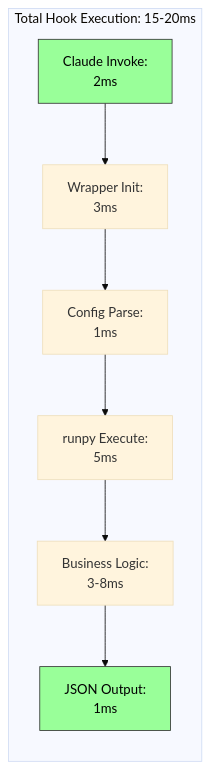
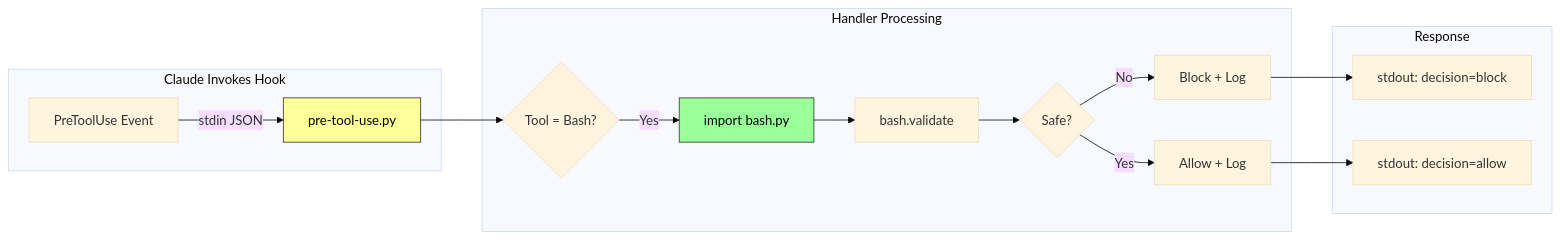
Before and after one commit to AgentParadise/agentic-primitives: the third of 3 diagrams in docs/architecture/hooks-system-overview.md, drawn with Mermaid (base theme). The commit also changed other lines of this file and 71 other files, not shown here.

First line of the commit message:
refactor(hooks)!: atomic hook architecture with handlers and validators

````diff
--- a/docs/architecture/hooks-system-overview.md
+++ b/docs/architecture/hooks-system-overview.md
@@ -341,13 +172,23 @@
 ```mermaid
 graph LR
-    subgraph "Total Hook Execution: 15-20ms"
-        A[Claude Invoke:<br/>2ms] --> B[Wrapper Init:<br/>3ms]
-        B --> C[Config Parse:<br/>1ms]
-        C --> D[runpy Execute:<br/>5ms]
-        D --> E[Business Logic:<br/>3-8ms]
-        E --> F[JSON Output:<br/>1ms]
+    subgraph "Claude Invokes Hook"
+        A[PreToolUse Event] -->|stdin JSON| B[pre-tool-use.py]
     end
     
-    style A fill:#9f9,stroke:#333,color:#000
-    style F fill:#9f9,stroke:#333,color:#000
+    subgraph "Handler Processing"
+        B --> C{Tool = Bash?}
+        C -->|Yes| D[import bash.py]
+        D --> E[bash.validate]
+        E --> F{Safe?}
+        F -->|No| G[Block + Log]
+        F -->|Yes| H[Allow + Log]
+    end
+    
+    subgraph "Response"
+        G --> I[stdout: decision=block]
+        H --> J[stdout: decision=allow]
+    end
+    
+    style B fill:#ff9,stroke:#333,color:#000
+    style D fill:#9f9,stroke:#333,color:#000
 ```
````
